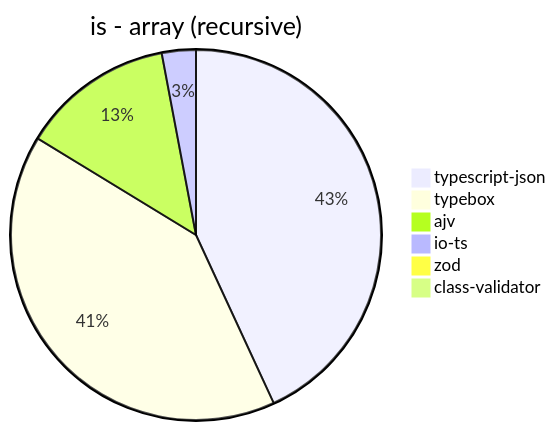
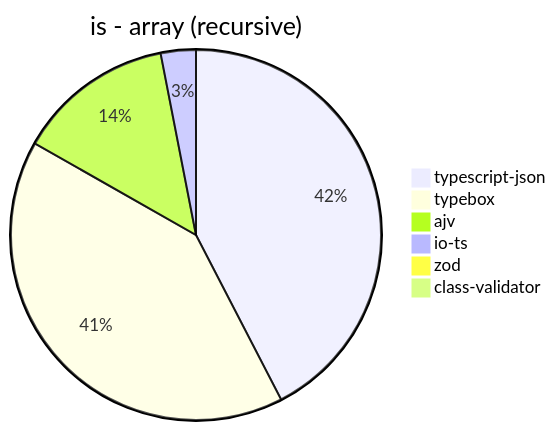
The fifth of 39 diagrams in benchmark/results/11th Gen Intel(R) Core(TM) i5-1135G7 @ 2.40GHz.md (samchon/typia), drawn with Mermaid before and after one commit. The commit also changed other lines of this file and 6 other files, not shown here.

````diff
--- a/benchmark/results/11th Gen Intel(R) Core(TM) i5-1135G7 @ 2.40GHz.md
+++ b/benchmark/results/11th Gen Intel(R) Core(TM) i5-1135G7 @ 2.40GHz.md
@@ -65,9 +65,9 @@
 ```mermaid
 pie title is - array (recursive)
-  "typescript-json": 6906.123201770565
-  "typebox": 6504.572055596196
-  "ajv": 2133.560415919684
-  "io-ts": 475.66291318561565
-  "zod": 9.177748642067803
-  "class-validator": 0
+  "typescript-json": 6543.650064326411
+  "typebox": 6299.339167708519
+  "ajv": 2116.1856046766534
+  "io-ts": 472.784111805811
+  "zod": 8.862907788044502
+  "class-validator": 3.325327914280436
 ```
````
